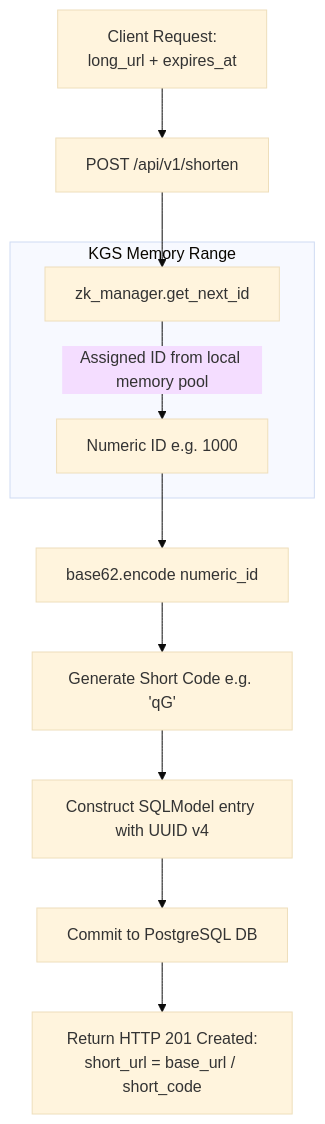
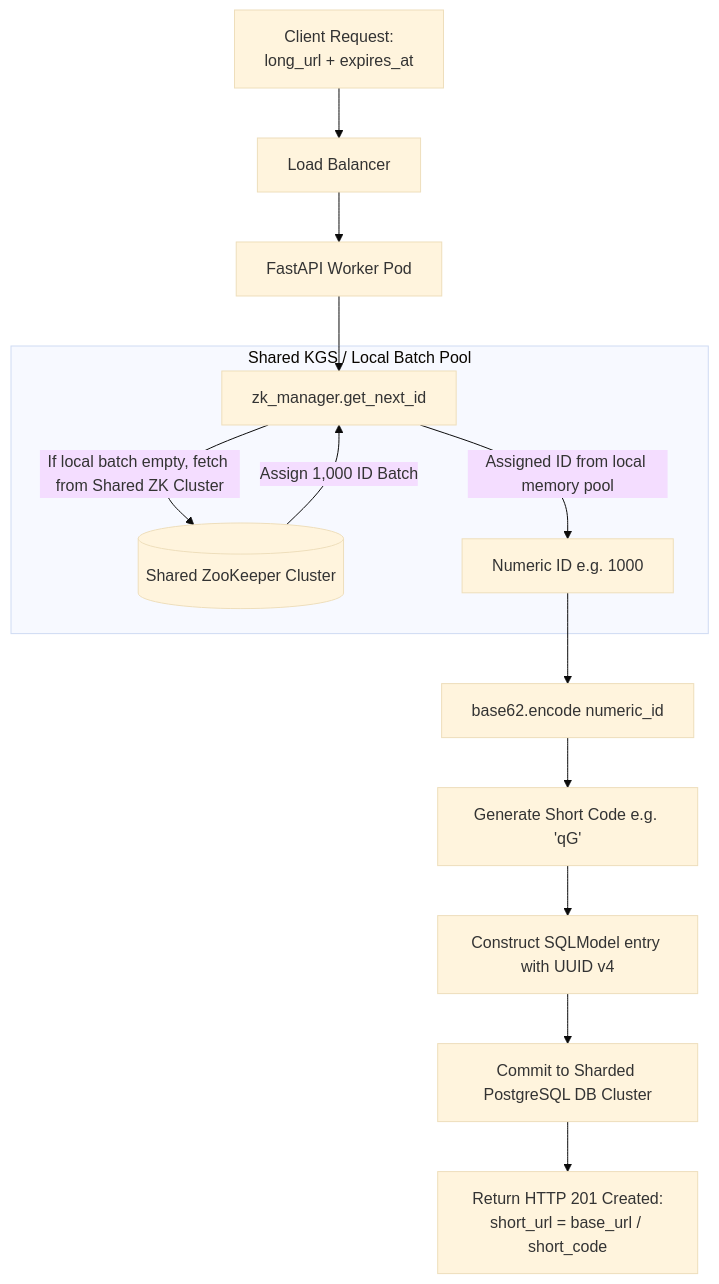
Before and after one commit to AnuragPandey01/System-Design-URL-Shortener: the third of 4 diagrams in README.md, drawn with Mermaid (base theme). The commit also changed other lines of this file, not shown here.

````diff
--- a/README.md
+++ b/README.md
@@ -228,15 +255,18 @@
 ```mermaid
 graph TD
-    Client[Client Request:<br/>long_url + expires_at] --> A[POST /api/v1/shorten]
+    Client[Client Request:<br/>long_url + expires_at] --> LB[Load Balancer]
+    LB --> A[FastAPI Worker Pod]
     A --> B[zk_manager.get_next_id]
     
-    subgraph KGS Memory Range
+    subgraph Shared KGS / Local Batch Pool
+        B -->|If local batch empty, fetch from Shared ZK Cluster| ZK[(Shared ZooKeeper Cluster)]
+        ZK -->|Assign 1,000 ID Batch| B
         B -->|Assigned ID from local memory pool| C[Numeric ID e.g. 1000]
     end
     
     C --> D[base62.encode numeric_id]
     D --> E[Generate Short Code e.g. 'qG']
     E --> F[Construct SQLModel entry with UUID v4]
-    F --> G[Commit to PostgreSQL DB]
+    F --> G[Commit to Sharded PostgreSQL DB Cluster]
     G --> H[Return HTTP 201 Created:<br/>short_url = base_url / short_code]
 ```
````
